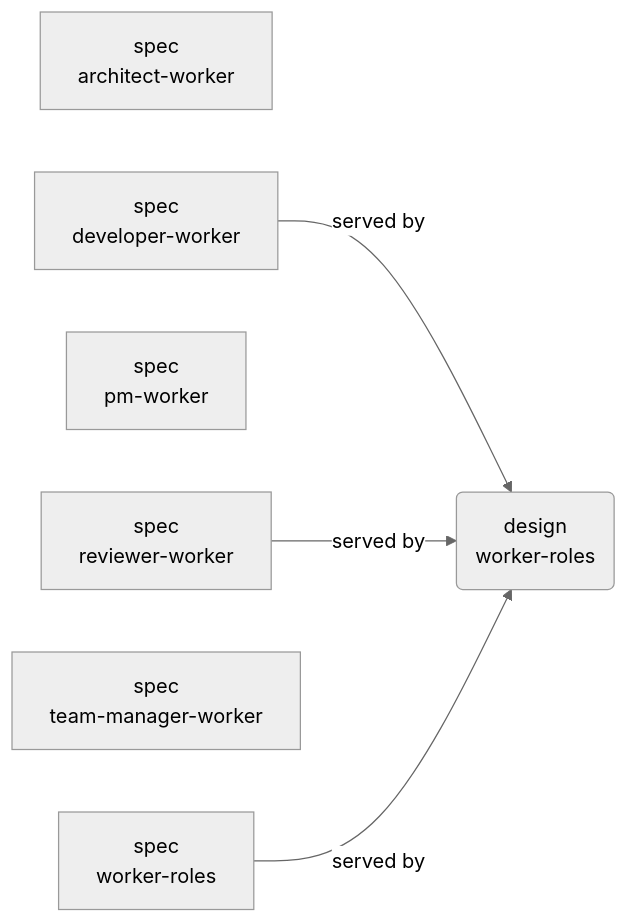
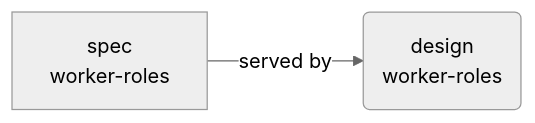
Before and after one commit to coder-devx/coder-system: the second of 6 diagrams in system/GRAPH.md, drawn with Mermaid (neutral theme). The commit also changed other lines of this file and 67 other files, not shown here.

````diff
--- a/system/GRAPH.md
+++ b/system/GRAPH.md
@@ -35,13 +18,6 @@
 ```mermaid
 flowchart LR
   n000("design<br/>worker-roles")
-  n001["spec<br/>architect-worker"]
-  n002["spec<br/>developer-worker"]
-  n003["spec<br/>pm-worker"]
-  n004["spec<br/>reviewer-worker"]
-  n005["spec<br/>team-manager-worker"]
-  n006["spec<br/>worker-roles"]
-  n002 -->|served by| n000
-  n004 -->|served by| n000
-  n006 -->|served by| n000
+  n001["spec<br/>worker-roles"]
+  n001 -->|served by| n000
 ```
````
